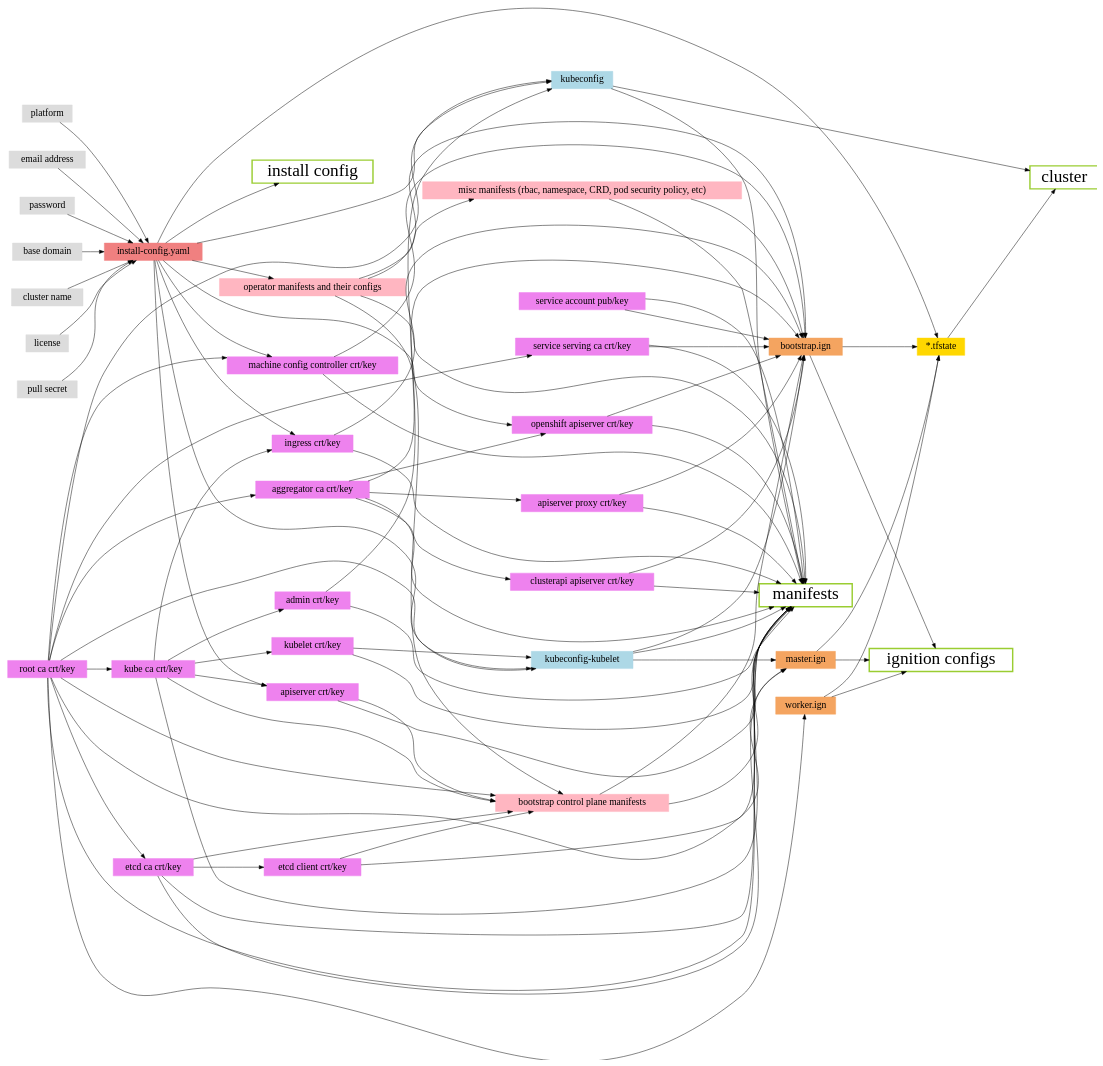
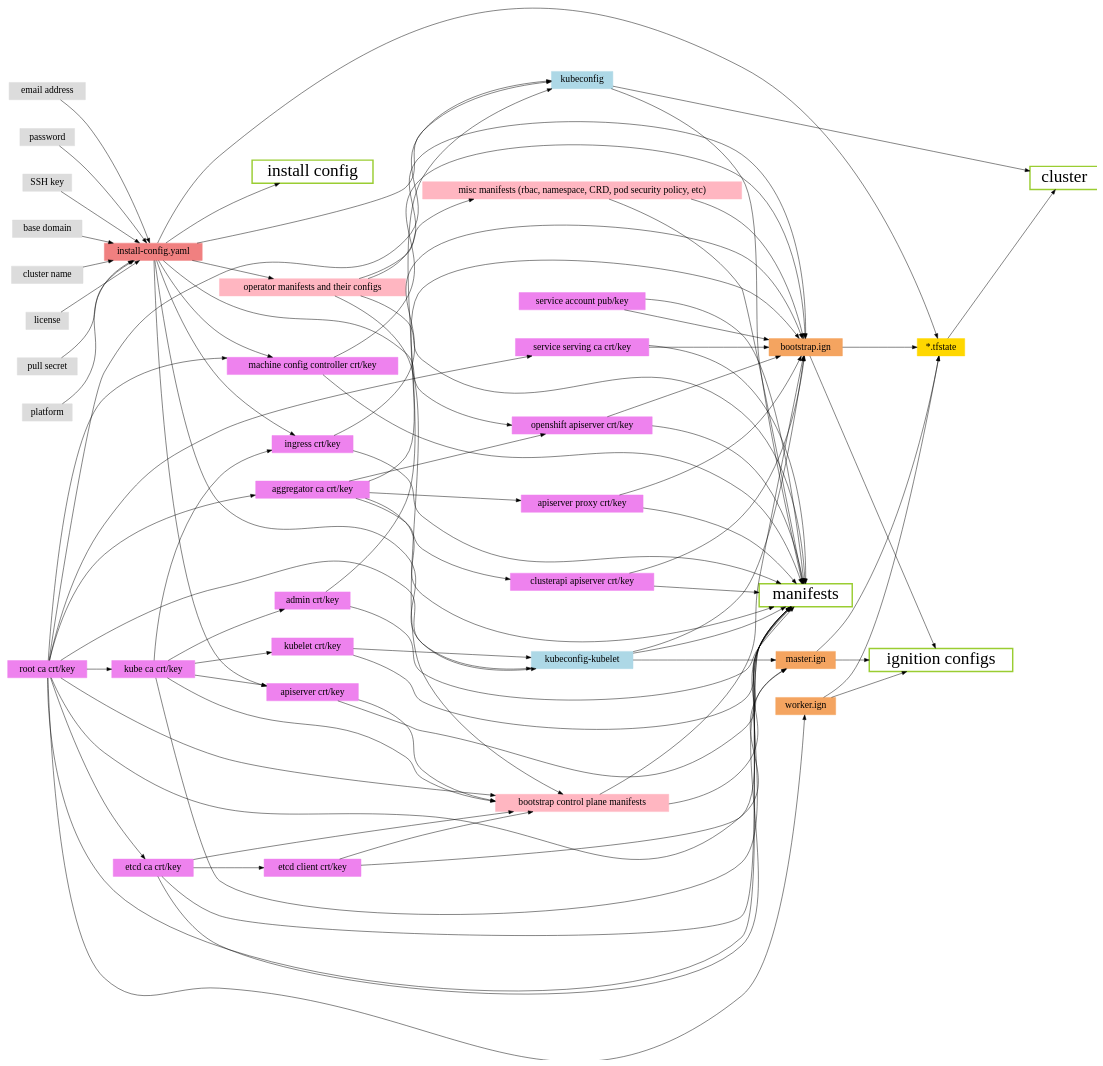
The diagram in Documentation/design/resource_dep.dot (openshift/installer), drawn with Graphviz before and after one commit. The commit also changed 8 other files, not shown here.

First line of the commit message:
installconfig: Replace KeyPairName with SSHKey.

```diff
--- a/Documentation/design/resource_dep.dot
+++ b/Documentation/design/resource_dep.dot
@@ -23,6 +23,7 @@
     platform [label="platform"];
     email_address [label="email address"];
     password [label="password"];
+    sshkey [label="SSH key"];
   }
 
   // Install config.
@@ -88,6 +89,7 @@
 
   // Dependencies
   password -> install_config;
+  sshkey -> install_config;
   platform -> install_config;
   email_address -> install_config;
   pull_secret -> install_config;
```
